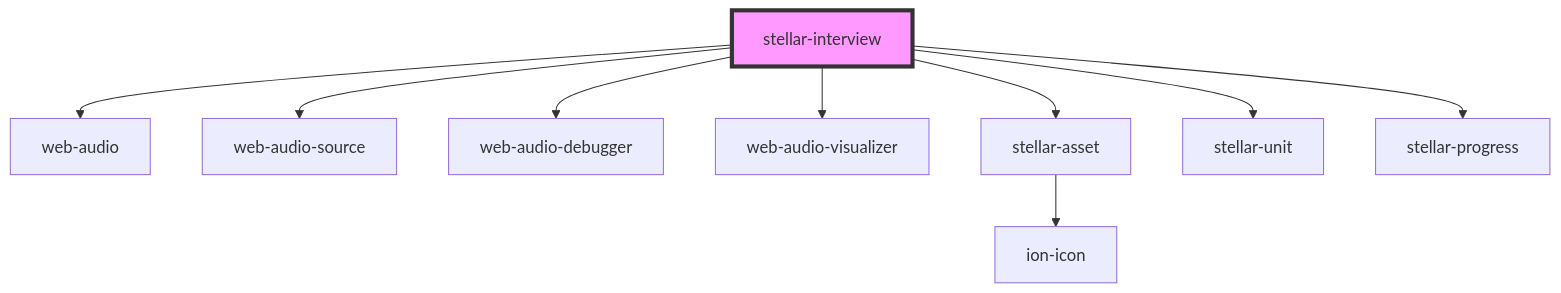
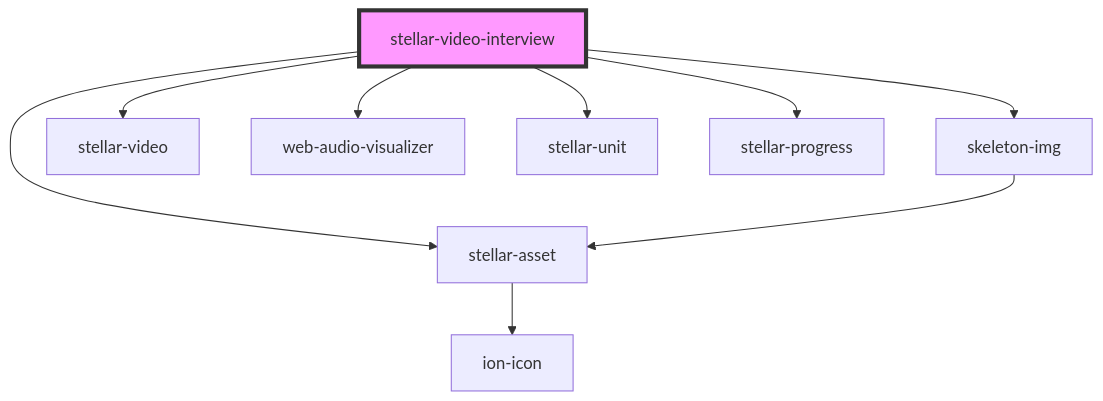
Before and after one commit to splitinfinities/Stellar: the diagram in src/components/media/video-interview/readme.md, drawn with Mermaid. The commit also changed other lines of this file and 26 other files, not shown here.

````diff
--- a/src/components/media/video-interview/readme.md
+++ b/src/components/media/video-interview/readme.md
@@ -77,12 +76,12 @@
 ```mermaid
 graph TD;
-  stellar-interview --> web-audio
-  stellar-interview --> web-audio-source
-  stellar-interview --> web-audio-debugger
-  stellar-interview --> web-audio-visualizer
-  stellar-interview --> stellar-asset
-  stellar-interview --> stellar-unit
-  stellar-interview --> stellar-progress
+  stellar-video-interview --> skeleton-img
+  stellar-video-interview --> stellar-video
+  stellar-video-interview --> web-audio-visualizer
+  stellar-video-interview --> stellar-asset
+  stellar-video-interview --> stellar-unit
+  stellar-video-interview --> stellar-progress
+  skeleton-img --> stellar-asset
   stellar-asset --> ion-icon
-  style stellar-interview fill:#f9f,stroke:#333,stroke-width:4px
+  style stellar-video-interview fill:#f9f,stroke:#333,stroke-width:4px
 ```
````
